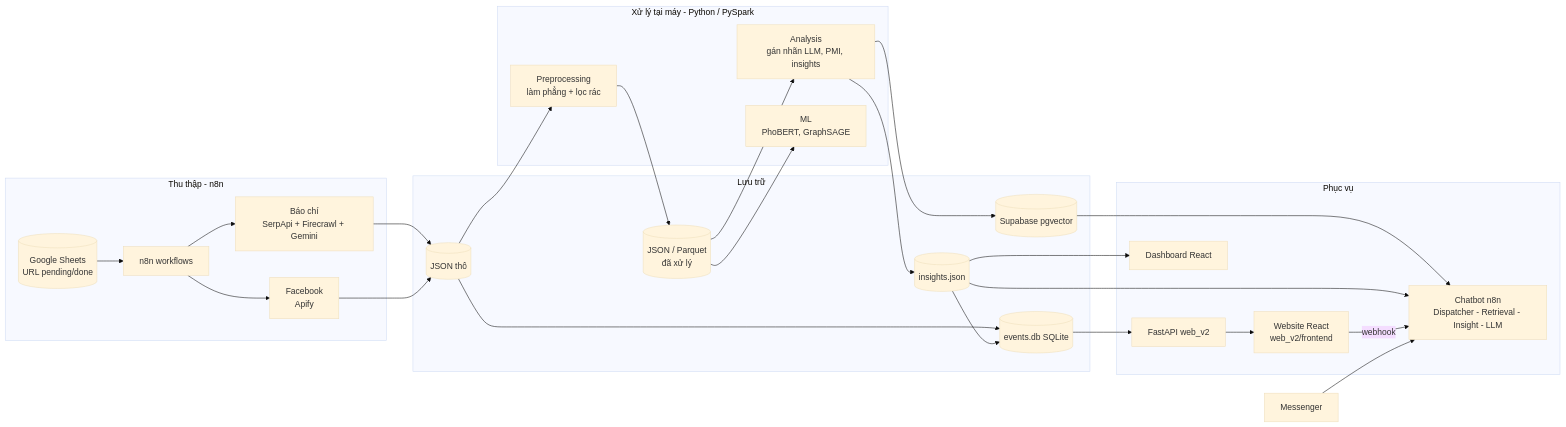
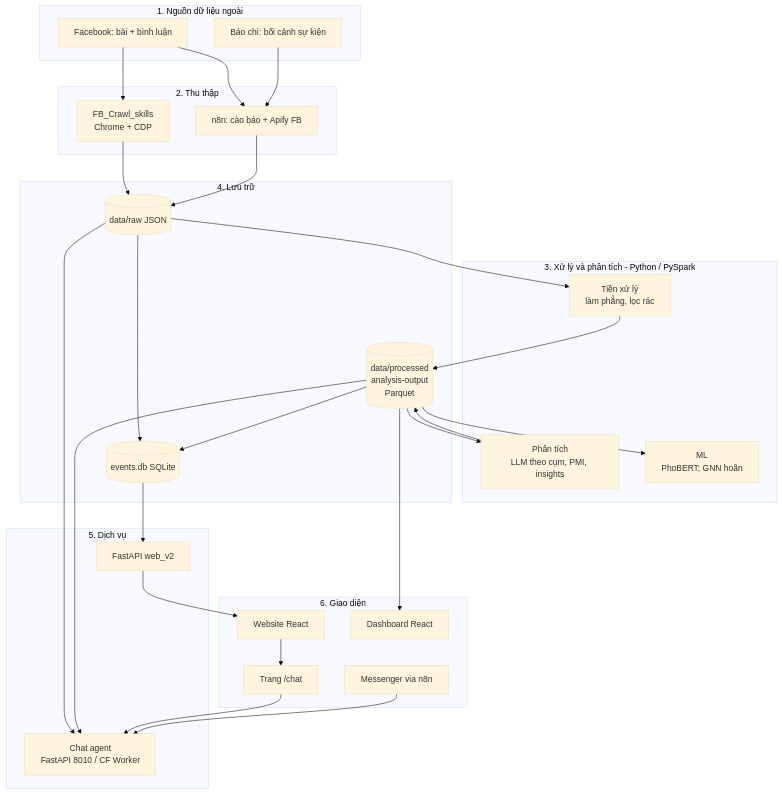
Before and after one commit to nguyendangthinhit/NCKH_hong_drama: the first of 6 diagrams in docs/kien-truc-tong-the.md, drawn with Mermaid (base theme). The commit also changed other lines of this file and 15 other files, not shown here.

First line of the commit message:
docs: describe chatbot as code agent instead of n8n, add crawler schema

````diff
--- a/docs/kien-truc-tong-the.md
+++ b/docs/kien-truc-tong-the.md
@@ -43,43 +25,44 @@
 ```mermaid
-flowchart LR
-  subgraph IN[Thu thập - n8n]
-    GS[(Google Sheets\nURL pending/done)]
-    N8N[n8n workflows]
-    WEBSRC[Báo chí\nSerpApi + Firecrawl + Gemini]
-    FBSRC[Facebook\nApify]
-    GS --> N8N
-    N8N --> WEBSRC
-    N8N --> FBSRC
+flowchart TB
+  subgraph SRC[1. Nguồn dữ liệu ngoài]
+    FB[Facebook: bài + bình luận]
+    NEWS[Báo chí: bối cảnh sự kiện]
   end
-  subgraph LOCAL[Xử lý tại máy - Python / PySpark]
-    PRE[Preprocessing\nlàm phẳng + lọc rác]
-    ANA[Analysis\ngán nhãn LLM, PMI, insights]
-    ML[ML\nPhoBERT, GraphSAGE]
+  subgraph ING[2. Thu thập]
+    CRAWL[FB_Crawl_skills\nChrome + CDP]
+    N8NC[n8n: cào báo + Apify FB]
   end
-  subgraph STORE[Lưu trữ]
-    RAW[(JSON thô)]
-    PROC[(JSON / Parquet\nđã xử lý)]
-    INS[(insights.json)]
+  subgraph PROC[3. Xử lý và phân tích - Python / PySpark]
+    PRE[Tiền xử lý\nlàm phẳng, lọc rác]
+    ANA[Phân tích\nLLM theo cụm, PMI, insights]
+    ML[ML\nPhoBERT; GNN hoãn]
+  end
+  subgraph STORE[4. Lưu trữ]
+    RAW[(data/raw JSON)]
+    OUT[(data/processed\nanalysis-output\nParquet)]
     DB[(events.db SQLite)]
-    VEC[(Supabase pgvector)]
   end
-  subgraph SERVE[Phục vụ]
+  subgraph SVC[5. Dịch vụ]
     API[FastAPI web_v2]
-    WEB[Website React\nweb_v2/frontend]
+    AGENT[Chat agent\nFastAPI 8010 / CF Worker]
+  end
+  subgraph CLI[6. Giao diện]
+    WEB[Website React]
+    CHAT[Trang /chat]
     DASH[Dashboard React]
-    BOT[Chatbot n8n\nDispatcher - Retrieval - Insight - LLM]
+    MSG[Messenger via n8n]
   end
-  WEBSRC --> RAW
-  FBSRC --> RAW
-  RAW --> PRE --> PROC --> ANA --> INS
-  PROC --> ML
-  ANA --> VEC
+  FB --> CRAWL --> RAW
+  FB --> N8NC
+  NEWS --> N8NC --> RAW
+  RAW --> PRE --> OUT --> ANA --> OUT
+  OUT --> ML
   RAW --> DB
-  INS --> DB
+  OUT --> DB
   DB --> API --> WEB
-  INS --> DASH
-  VEC --> BOT
-  INS --> BOT
-  WEB -->|webhook| BOT
-  MSG[Messenger] --> BOT
+  RAW --> AGENT
+  OUT --> AGENT
+  WEB --> CHAT --> AGENT
+  MSG --> AGENT
+  OUT --> DASH
 ```
````
